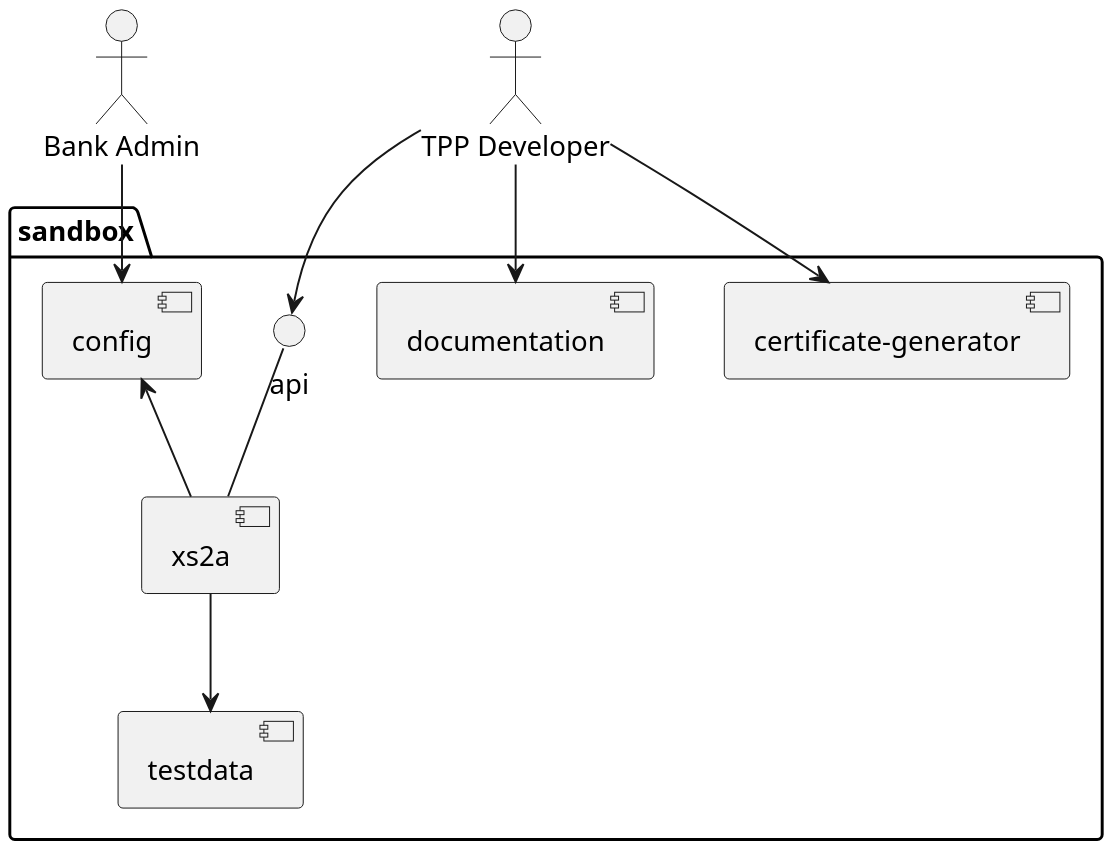
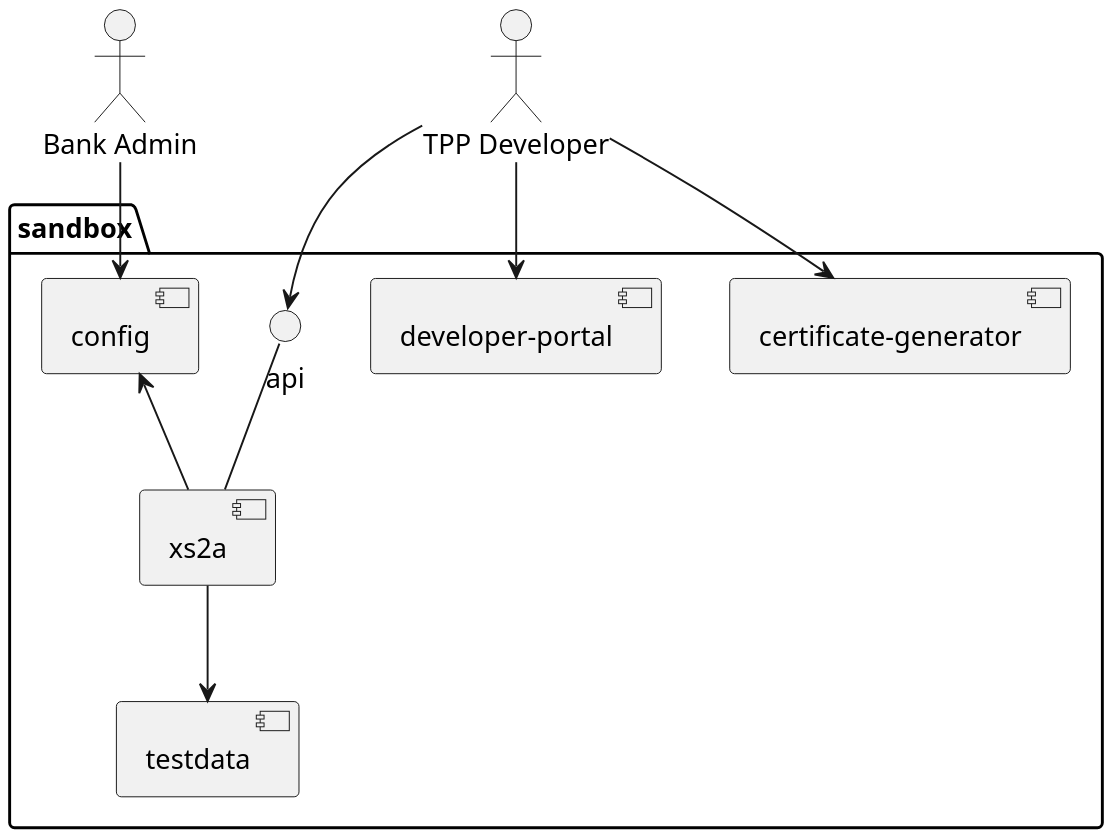
Before and after one commit to adorsys/psd2-accelerator: the diagram in arc42/diagrams/whitebox-1.puml, drawn with PlantUML. The commit also changed 2 other files, not shown here.

```diff
--- a/arc42/diagrams/whitebox-1.puml
+++ b/arc42/diagrams/whitebox-1.puml
@@ -1,24 +1,24 @@
 @startuml whitebox-1
 
 skinparam shadowing false
 scale 1200 width
 
 actor "Bank Admin" as badmin
 actor "TPP Developer" as tppd
 
 package sandbox {
 
   [xs2a] --> [testdata]
   badmin --> [config]
   config <-- [xs2a]
 
   () api -- [xs2a]
   tppd --> api
-  tppd --> [documentation]
+  tppd --> [developer-portal]
   tppd --> [certificate-generator]
 
   ' only for layouting
-  api -[hidden]> [documentation]
+  api -[hidden]> [developer-portal]
 }
 
 @enduml
```
